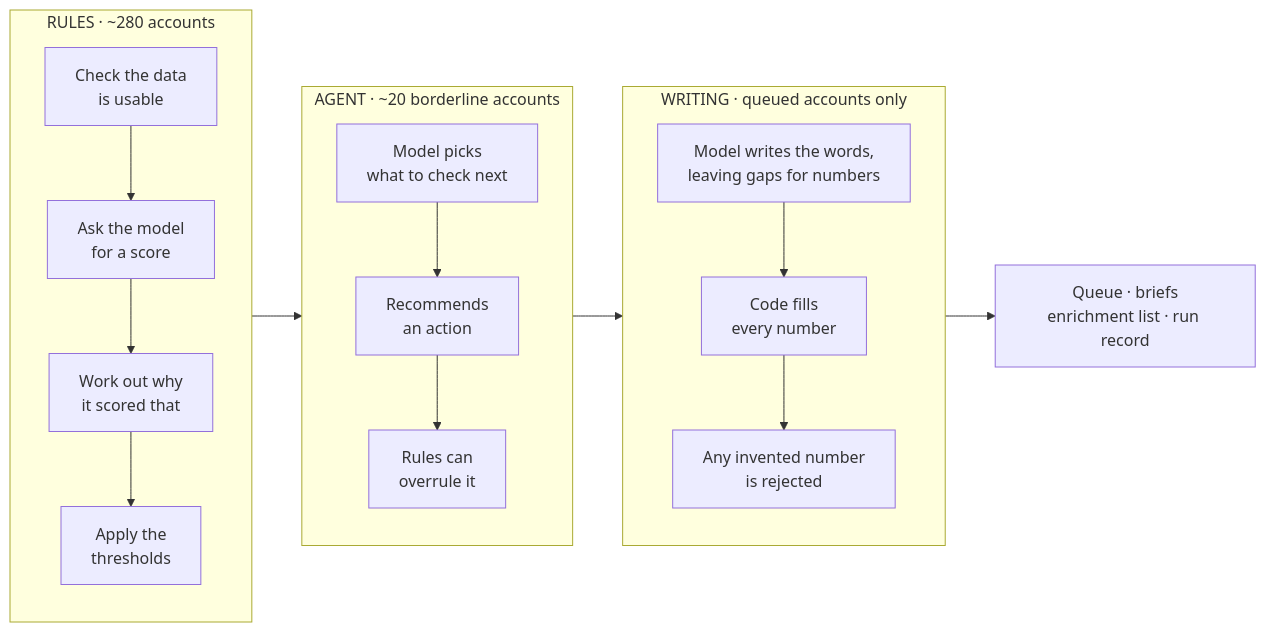
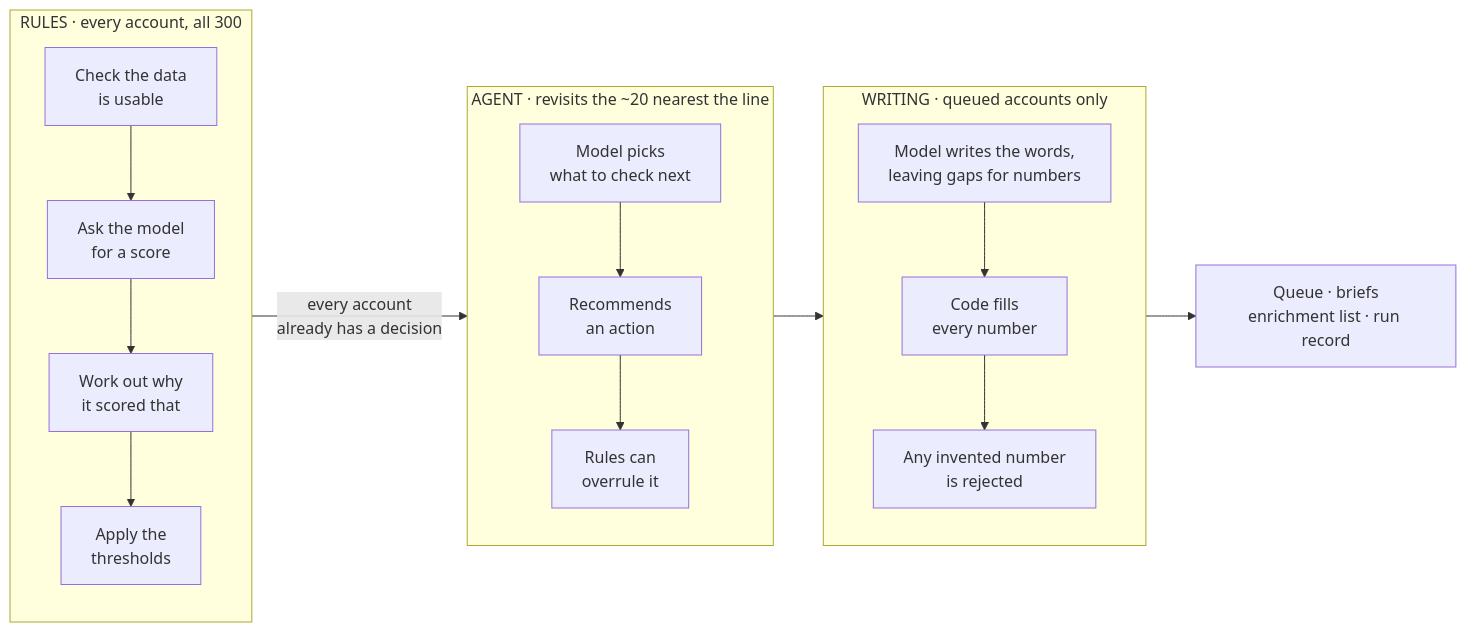
One commit to kb2326/cordilla-account-scoring changed the third of 5 diagrams in README.md. Above: the diagram before and after it, drawn with Mermaid. The commit also changed other lines of this file, not shown here.

First line of the commit message:
Correct three README diagrams that did not match the code

````diff
--- a/README.md
+++ b/README.md
@@ -121,16 +135,16 @@
 ```mermaid
 flowchart LR
-    subgraph D["RULES · ~280 accounts"]
+    subgraph D["RULES · every account, all 300"]
         direction TB
         D1["Check the data<br/>is usable"] --> D2["Ask the model<br/>for a score"] --> D3["Work out why<br/>it scored that"] --> D4["Apply the<br/>thresholds"]
     end
-    subgraph A["AGENT · ~20 borderline accounts"]
+    subgraph A["AGENT · revisits the ~20 nearest the line"]
         direction TB
         A1["Model picks<br/>what to check next"] --> A2["Recommends<br/>an action"] --> A3["Rules can<br/>overrule it"]
     end
     subgraph L["WRITING · queued accounts only"]
         direction TB
         L1["Model writes the words,<br/>leaving gaps for numbers"] --> L2["Code fills<br/>every number"] --> L3["Any invented number<br/>is rejected"]
     end
-    D --> A --> L --> OUT["Queue · briefs<br/>enrichment list · run record"]
+    D -->|"every account<br/>already has a decision"| A --> L --> OUT["Queue · briefs<br/>enrichment list · run record"]
 ```
````
